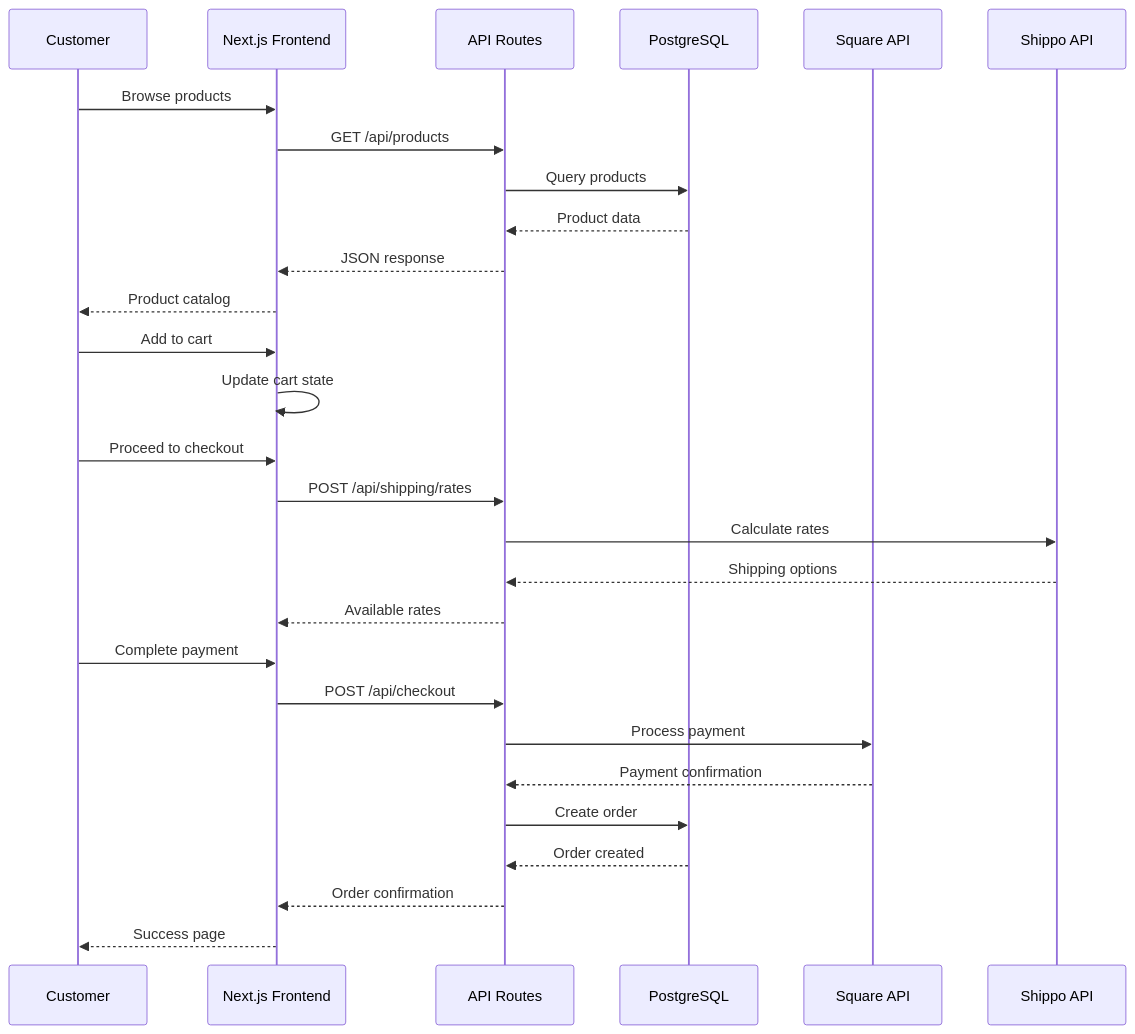
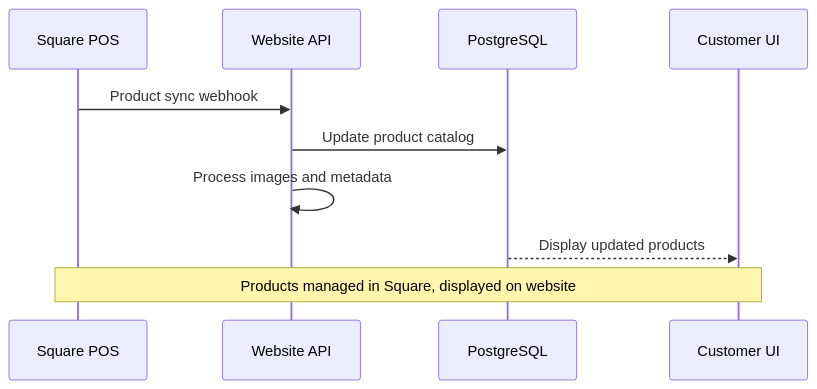
One commit to ReadySet1/destino-sf changed the second of 4 diagrams in docs/architecture/system-overview.md. Above: the diagram before and after it, drawn with Mermaid. The commit also changed other lines of this file and 10 other files, not shown here.

````diff
--- a/docs/architecture/system-overview.md
+++ b/docs/architecture/system-overview.md
@@ -72,34 +100,14 @@
 ```mermaid
 sequenceDiagram
-    participant C as Customer
-    participant UI as Next.js Frontend
-    participant API as API Routes
+    participant Square as Square POS
+    participant API as Website API
     participant DB as PostgreSQL
-    participant Square as Square API
-    participant Shippo as Shippo API
-
-    C->>UI: Browse products
-    UI->>API: GET /api/products
-    API->>DB: Query products
-    DB-->>API: Product data
-    API-->>UI: JSON response
-    UI-->>C: Product catalog
-
-    C->>UI: Add to cart
-    UI->>UI: Update cart state
-
-    C->>UI: Proceed to checkout
-    UI->>API: POST /api/shipping/rates
-    API->>Shippo: Calculate rates
-    Shippo-->>API: Shipping options
-    API-->>UI: Available rates
-
-    C->>UI: Complete payment
-    UI->>API: POST /api/checkout
-    API->>Square: Process payment
-    Square-->>API: Payment confirmation
-    API->>DB: Create order
-    DB-->>API: Order created
-    API-->>UI: Order confirmation
-    UI-->>C: Success page
+    participant UI as Customer UI
+    
+    Square->>API: Product sync webhook
+    API->>DB: Update product catalog
+    API->>API: Process images and metadata
+    DB-->>UI: Display updated products
+    
+    Note over Square,UI: Products managed in Square, displayed on website
 ```
````
